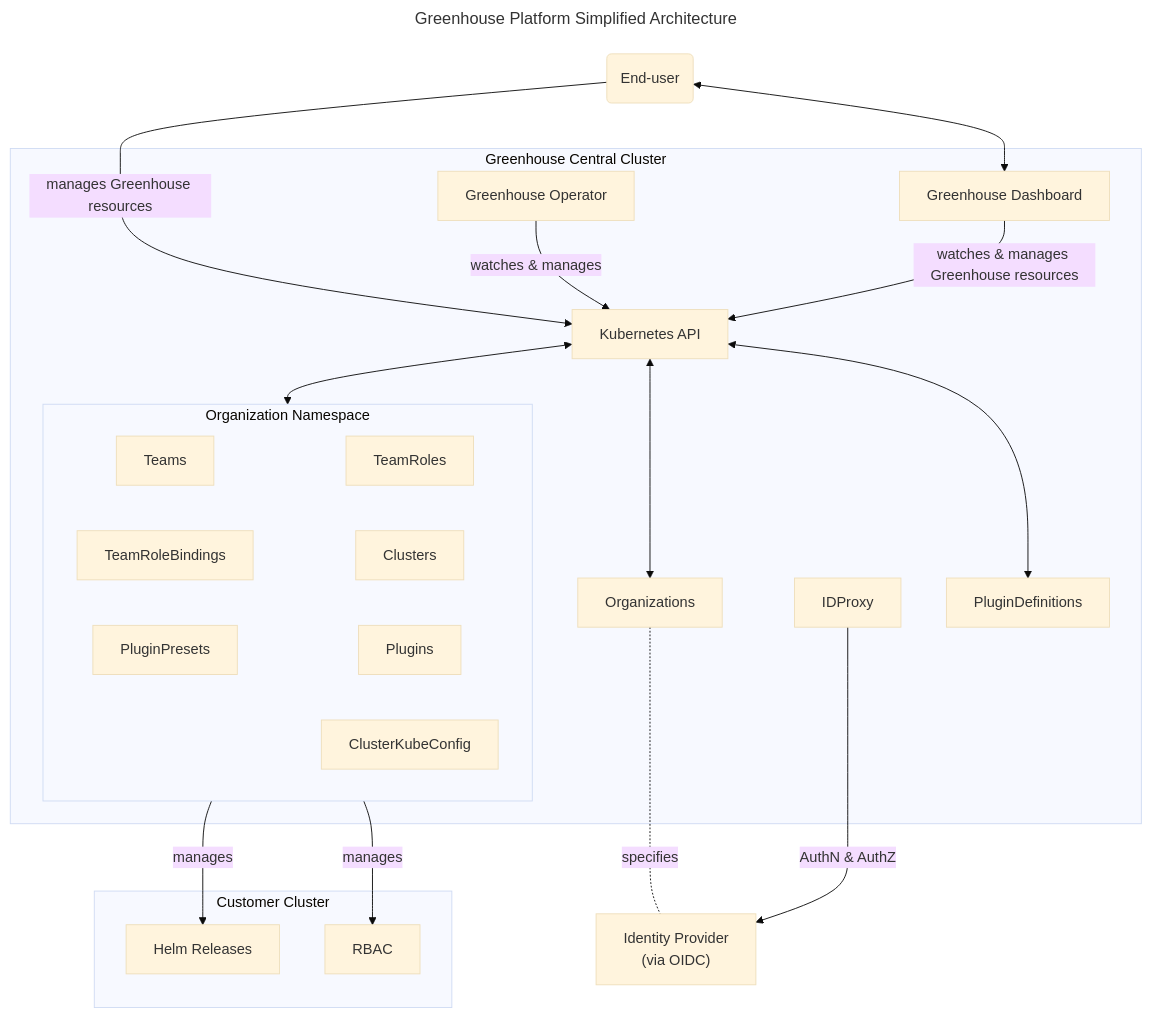
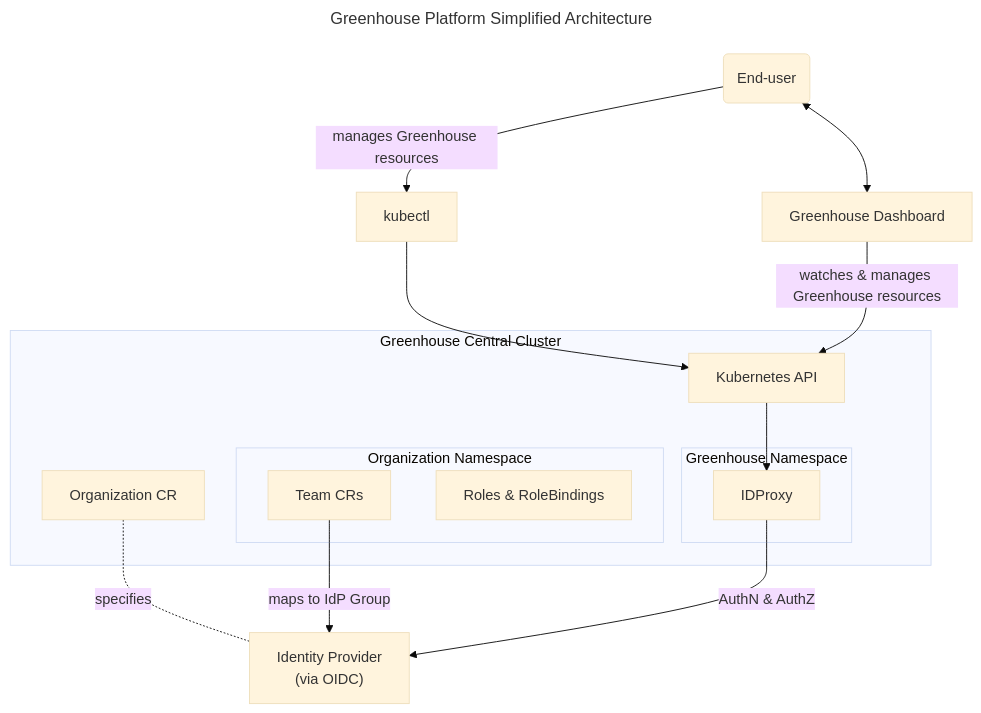
One commit to cloudoperators/greenhouse changed the third of 3 diagrams in docs/architecture/high-level.md. Above: the diagram before and after it, drawn with Mermaid (base theme). The commit also changed other lines of this file, not shown here.

Commit message:
refresh the architecture overview

````diff
--- a/docs/architecture/high-level.md
+++ b/docs/architecture/high-level.md
@@ -30,54 +104,38 @@
 ```mermaid
 ---
 title: Greenhouse Platform Simplified Architecture
 ---
-flowchart TD
+flowchart TB
   
   enduser(End-user)
+  kubectl[kubectl]
+  dashboard[Greenhouse Dashboard]
 
+  
+  subgraph "Greenhouse Central Cluster"
+    k8s[Kubernetes API]
+    organization[Organization CR]
+    subgraph greenhouse ["Greenhouse Namespace"]
+    idproxy[IDProxy]
+
+    end
+    subgraph org ["Organization Namespace"]
+      team[Team CRs]
+      rbac[Roles & RoleBindings]
+    end
+  end
   idp["Identity Provider <br> (via OIDC)"]
 
-  subgraph "Greenhouse Central Cluster"
-    operator[Greenhouse Operator]
-    dashboard[Greenhouse Dashboard]
-    idproxy[IDProxy]
-    k8s[Kubernetes API]
-    organization[Organizations]
-    pluginDefinitions[PluginDefinitions]
-    subgraph org ["Organization Namespace"]
-      pluginPresets[PluginPresets]
-      plugins[Plugins]
-      teams[Teams]
-      teamRoles[TeamRoles]
-      teamRoleBindings[TeamRoleBindings]
-      clusters[Clusters]
-      clusterKubeConfig[ClusterKubeConfig]
-
-      teams ~~~ teamRoles
-      teamRoleBindings ~~~ clusters
-      pluginPresets ~~~ plugins
-    end
-  end
-
-
-  subgraph "Customer Cluster"
-    helmRelease[Helm Releases]
-    rbac[RBAC]
-  end
 
   organization -. specifies .- idp
+  team -- maps to IdP Group --> idp
   idproxy -- AuthN & AuthZ -->idp
 
   enduser <--> dashboard
-  enduser -- manages Greenhouse resources --> k8s
-  operator -- watches & manages --> k8s
+  enduser -- manages Greenhouse resources --> kubectl
+  --> k8s
   dashboard -- watches & manages Greenhouse resources --> k8s
 
-  k8s <--> organization
-  k8s <--> pluginDefinitions
-  k8s <--> org
-
-  org -- manages --> helmRelease
-  org -- manages --> rbac
+  k8s --> idproxy
 
 ```
````
